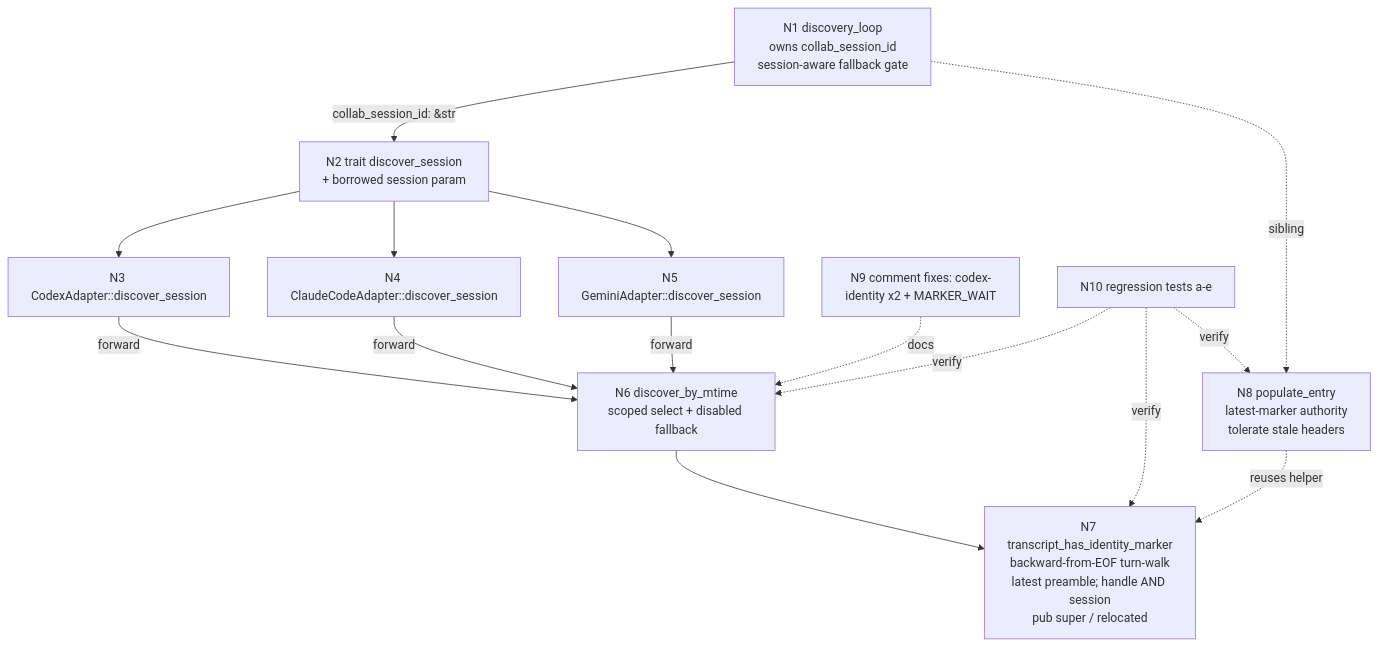
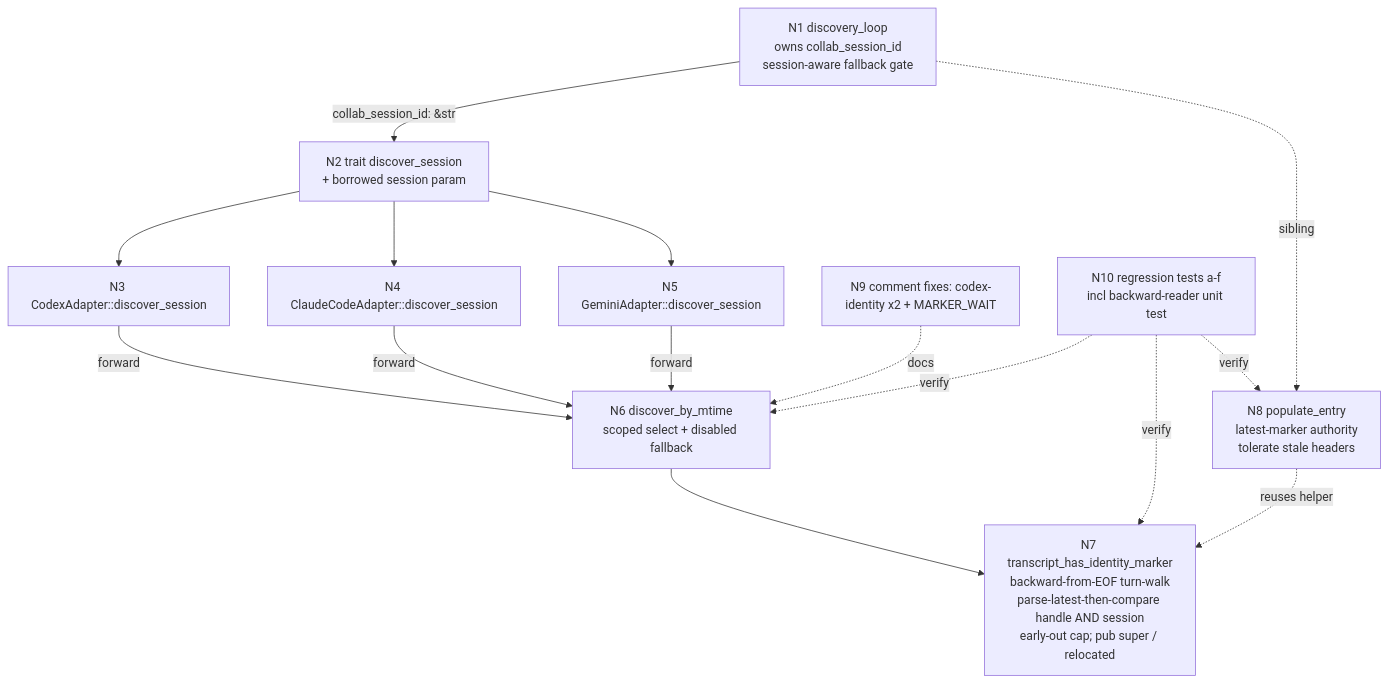
Before and after one commit to yes506/canvas-terminal: the diagram in plan.mmd, drawn with Mermaid. The commit also changed 1 other file, not shown here.

Commit message:
docs(planner): fold round-2 approve notes (N7 parse-latest-then-compare; 5s-poll cost + early-out cap; backward-reader test)

```diff
--- a/plan.mmd
+++ b/plan.mmd
@@ -1,15 +1,15 @@
 graph TD
     N1[N1 discovery_loop<br/>owns collab_session_id<br/>session-aware fallback gate] -->|collab_session_id: &str| N2[N2 trait discover_session<br/>+ borrowed session param]
     N2 --> N3[N3 CodexAdapter::discover_session]
     N2 --> N4[N4 ClaudeCodeAdapter::discover_session]
     N2 --> N5[N5 GeminiAdapter::discover_session]
     N3 -->|forward| N6[N6 discover_by_mtime<br/>scoped select + disabled fallback]
     N4 -->|forward| N6
     N5 -->|forward| N6
-    N6 --> N7[N7 transcript_has_identity_marker<br/>backward-from-EOF turn-walk<br/>latest preamble; handle AND session<br/>pub super / relocated]
+    N6 --> N7[N7 transcript_has_identity_marker<br/>backward-from-EOF turn-walk<br/>parse-latest-then-compare handle AND session<br/>early-out cap; pub super / relocated]
     N1 -.sibling.-> N8[N8 populate_entry<br/>latest-marker authority<br/>tolerate stale headers]
     N8 -.reuses helper.-> N7
     N9[N9 comment fixes: codex-identity x2 + MARKER_WAIT] -.docs.-> N6
-    N10[N10 regression tests a-e] -.verify.-> N6
+    N10[N10 regression tests a-f<br/>incl backward-reader unit test] -.verify.-> N6
     N10 -.verify.-> N7
     N10 -.verify.-> N8
```
